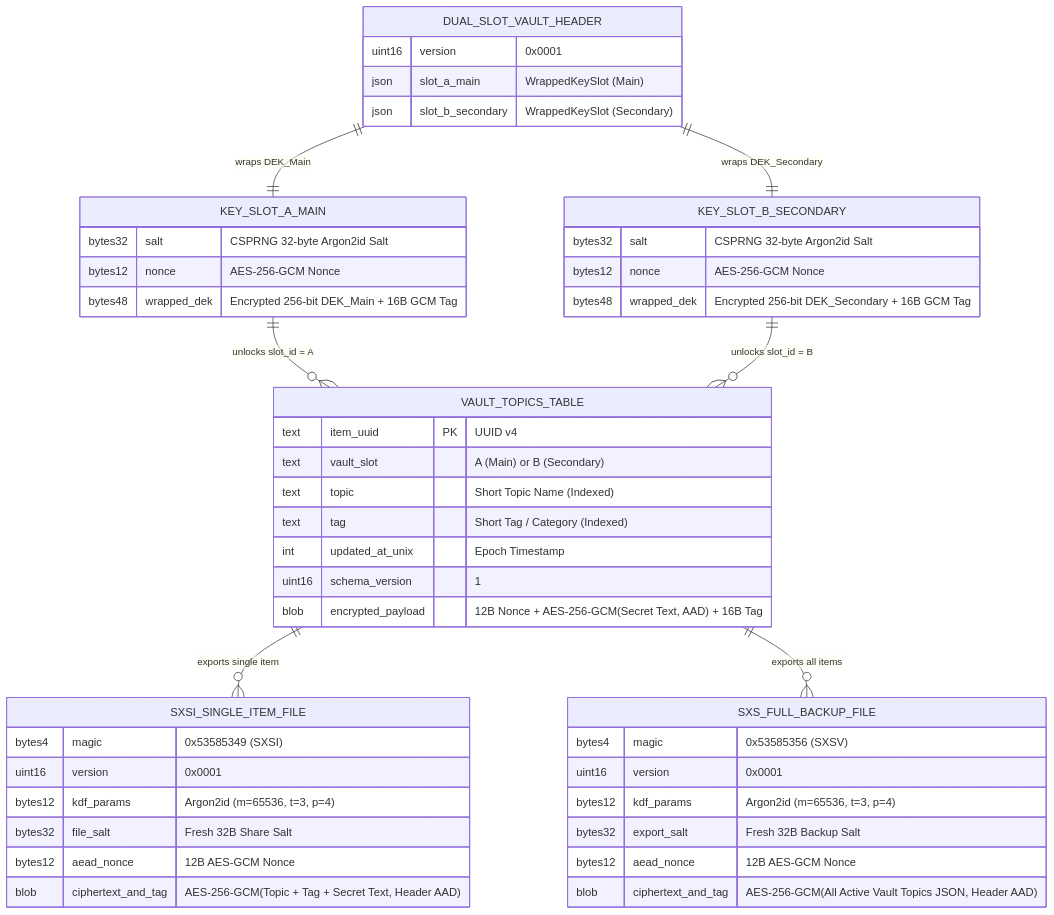
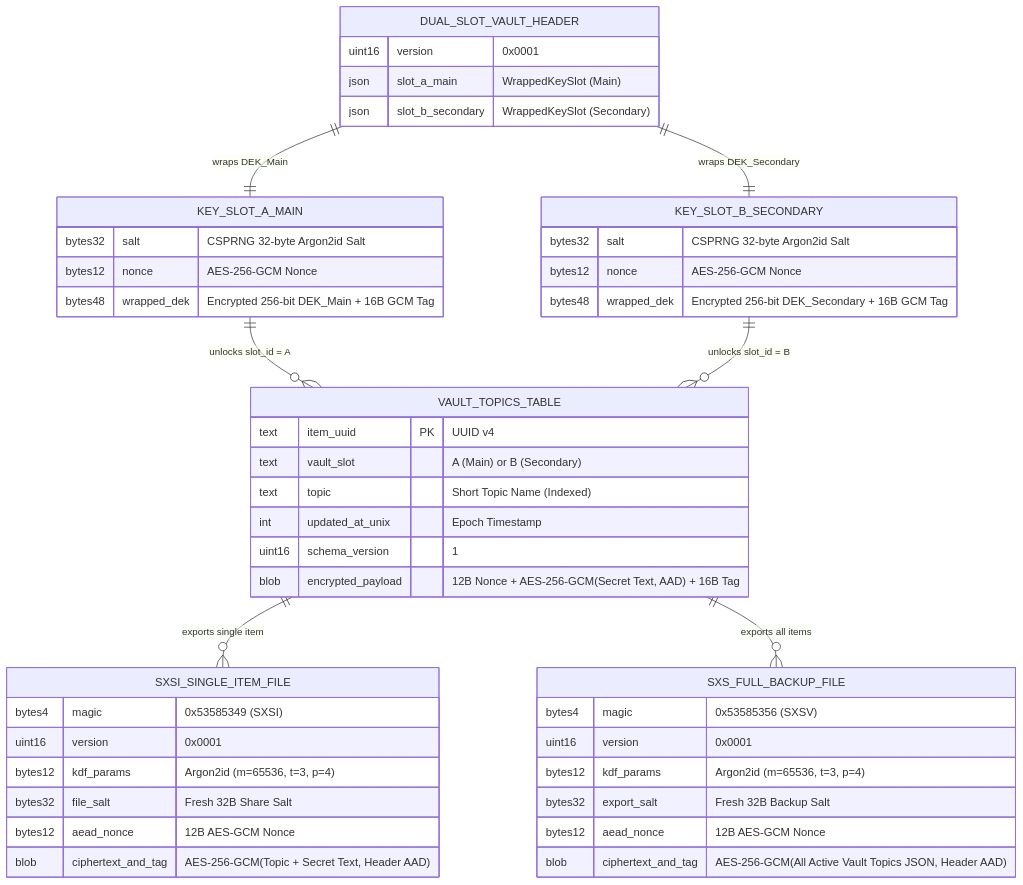
One commit to superxsiwa/superxsecret changed the sixth of 6 diagrams in docs/DEVELOPER_GUIDE.md. Above: the diagram before and after it, drawn with Mermaid. The commit also changed other lines of this file and 16 other files, not shown here.

````diff
--- a/docs/DEVELOPER_GUIDE.md
+++ b/docs/DEVELOPER_GUIDE.md
@@ -284,55 +285,54 @@
 ```mermaid
 erDiagram
     DUAL_SLOT_VAULT_HEADER ||--|| KEY_SLOT_A_MAIN : "wraps DEK_Main"
     DUAL_SLOT_VAULT_HEADER ||--|| KEY_SLOT_B_SECONDARY : "wraps DEK_Secondary"
     KEY_SLOT_A_MAIN ||--o{ VAULT_TOPICS_TABLE : "unlocks slot_id = A"
     KEY_SLOT_B_SECONDARY ||--o{ VAULT_TOPICS_TABLE : "unlocks slot_id = B"
     VAULT_TOPICS_TABLE ||--o{ SXSI_SINGLE_ITEM_FILE : "exports single item"
     VAULT_TOPICS_TABLE ||--o{ SXS_FULL_BACKUP_FILE : "exports all items"
 
     DUAL_SLOT_VAULT_HEADER {
         uint16 version "0x0001"
         json slot_a_main "WrappedKeySlot (Main)"
         json slot_b_secondary "WrappedKeySlot (Secondary)"
     }
 
     KEY_SLOT_A_MAIN {
         bytes32 salt "CSPRNG 32-byte Argon2id Salt"
         bytes12 nonce "AES-256-GCM Nonce"
         bytes48 wrapped_dek "Encrypted 256-bit DEK_Main + 16B GCM Tag"
     }
 
     KEY_SLOT_B_SECONDARY {
         bytes32 salt "CSPRNG 32-byte Argon2id Salt"
         bytes12 nonce "AES-256-GCM Nonce"
         bytes48 wrapped_dek "Encrypted 256-bit DEK_Secondary + 16B GCM Tag"
     }
 
     VAULT_TOPICS_TABLE {
         text item_uuid PK "UUID v4"
         text vault_slot "A (Main) or B (Secondary)"
         text topic "Short Topic Name (Indexed)"
-        text tag "Short Tag / Category (Indexed)"
         int updated_at_unix "Epoch Timestamp"
         uint16 schema_version "1"
         blob encrypted_payload "12B Nonce + AES-256-GCM(Secret Text, AAD) + 16B Tag"
     }
 
     SXSI_SINGLE_ITEM_FILE {
         bytes4 magic "0x53585349 (SXSI)"
         uint16 version "0x0001"
         bytes12 kdf_params "Argon2id (m=65536, t=3, p=4)"
         bytes32 file_salt "Fresh 32B Share Salt"
         bytes12 aead_nonce "12B AES-GCM Nonce"
-        blob ciphertext_and_tag "AES-256-GCM(Topic + Tag + Secret Text, Header AAD)"
+        blob ciphertext_and_tag "AES-256-GCM(Topic + Secret Text, Header AAD)"
     }
 
     SXS_FULL_BACKUP_FILE {
         bytes4 magic "0x53585356 (SXSV)"
         uint16 version "0x0001"
         bytes12 kdf_params "Argon2id (m=65536, t=3, p=4)"
         bytes32 export_salt "Fresh 32B Backup Salt"
         bytes12 aead_nonce "12B AES-GCM Nonce"
         blob ciphertext_and_tag "AES-256-GCM(All Active Vault Topics JSON, Header AAD)"
     }
 ```
````
